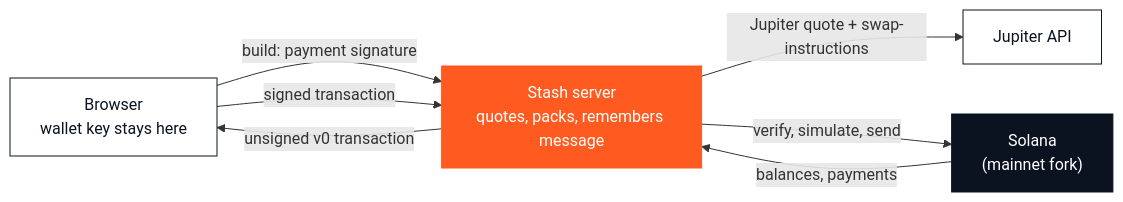
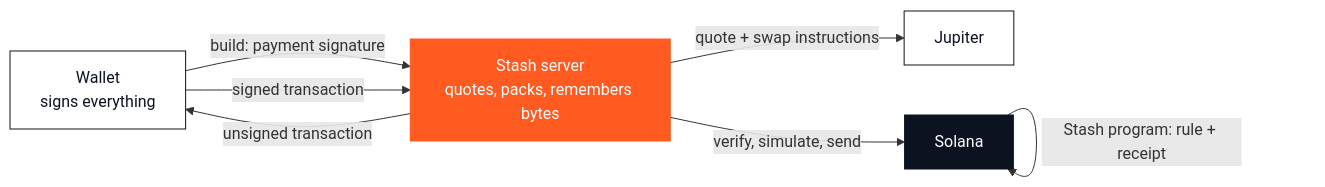
One commit to Nnadijoshuac/Stash changed the first of 2 diagrams in README.md. Above: the diagram before and after it, drawn with Mermaid. The commit also changed other lines of this file and 6 other files, not shown here.

````diff
--- a/README.md
+++ b/README.md
@@ -119,13 +119,13 @@
 ```mermaid
 flowchart LR
-  B["Browser<br/>wallet key stays here"] -- "build: payment signature" --> S["Stash server<br/>quotes, packs, remembers message"]
-  S -- "Jupiter quote + swap-instructions" --> J["Jupiter API"]
-  S -- "unsigned v0 transaction" --> B
-  B -- "signed transaction" --> S
-  S -- "verify, simulate, send" --> F["Solana<br/>(mainnet fork)"]
-  F -- "balances, payments" --> S
-  style B fill:#FFFFFF,stroke:#0B1220,color:#0B1220
+  W["Wallet<br/>signs everything"] -- "build: payment signature" --> S["Stash server<br/>quotes, packs, remembers bytes"]
+  S -- "quote + swap instructions" --> J["Jupiter"]
+  S -- "unsigned transaction" --> W
+  W -- "signed transaction" --> S
+  S -- "verify, simulate, send" --> C["Solana"]
+  C -- "Stash program: rule + receipt" --> C
+  style W fill:#FFFFFF,stroke:#0B1220,color:#0B1220
   style S fill:#FF5A1F,stroke:#FF5A1F,color:#FFFFFF
   style J fill:#FFFFFF,stroke:#0B1220,color:#0B1220
-  style F fill:#0B1220,stroke:#0B1220,color:#FFFFFF
+  style C fill:#0B1220,stroke:#0B1220,color:#FFFFFF
 ```
````
